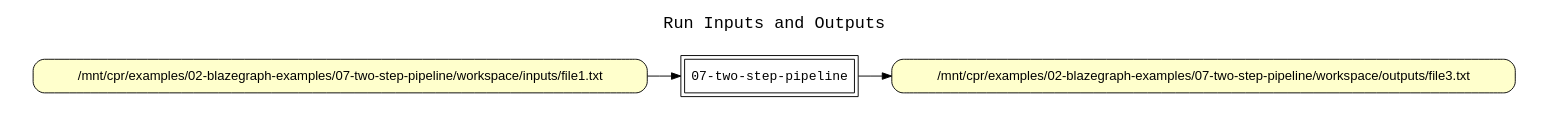
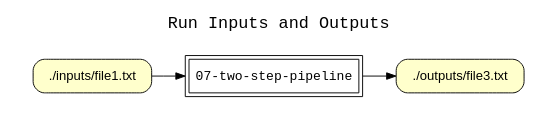
Before and after one commit to CIRSS/cpr: the diagram in examples/02-blazegraph-examples/07-two-step-pipeline/run/graph-1.gv, drawn with Graphviz. The commit also changed 29 other files, not shown here.

```diff
--- a/examples/02-blazegraph-examples/07-two-step-pipeline/run/graph-1.gv
+++ b/examples/02-blazegraph-examples/07-two-step-pipeline/run/graph-1.gv
@@ -1,34 +1,30 @@
 
 digraph cpr_run {
 rankdir=LR
 fontname=Courier; fontsize=18; labelloc=t
 label="Run Inputs and Outputs"
 
 node[shape=box style="filled" fillcolor="#FFFFFF" peripheries=2 fontname=Courier]
 "run" [label="07-two-step-pipeline"]
 
+node[shape=box style="rounded,filled" fillcolor="#FFFFCC" peripheries=1 fontname=Helvetica]
+
+# input file nodes
 subgraph cluster_input_files { label=""; color=white; penwidth=0
 subgraph cluster_input_files_inner { label=""; color=white
-node[shape=box style="rounded,filled" fillcolor="#FFFFCC" peripheries=1 fontname=Helvetica]
-
-"/mnt/cpr/examples/02-blazegraph-examples/07-two-step-pipeline/workspace/inputs/file1.txt" [label="/mnt/cpr/examples/02-blazegraph-examples/07-two-step-pipeline/workspace/inputs/file1.txt"]
-
+"./inputs/file1.txt" [label="./inputs/file1.txt"]
 }}
 
-
-"/mnt/cpr/examples/02-blazegraph-examples/07-two-step-pipeline/workspace/inputs/file1.txt" -> "run"
-
-
+# output file nodes
 subgraph cluster_output_files { label=""; color=white; penwidth=0
 subgraph cluster_output_files_inner { label=""; color=white
-node[shape=box style="rounded,filled" fillcolor="#FFFFCC" peripheries=1 fontname=Helvetica]
-
-"/mnt/cpr/examples/02-blazegraph-examples/07-two-step-pipeline/workspace/outputs/file3.txt" [label="/mnt/cpr/examples/02-blazegraph-examples/07-two-step-pipeline/workspace/outputs/file3.txt"]
-
+"./outputs/file3.txt" [label="./outputs/file3.txt"]
 }}
 
+# input file edges
+"./inputs/file1.txt" -> "run"
 
-"run" -> "/mnt/cpr/examples/02-blazegraph-examples/07-two-step-pipeline/workspace/outputs/file3.txt"
-
+# output file edges
+"run" -> "./outputs/file3.txt"
 
 }
```
